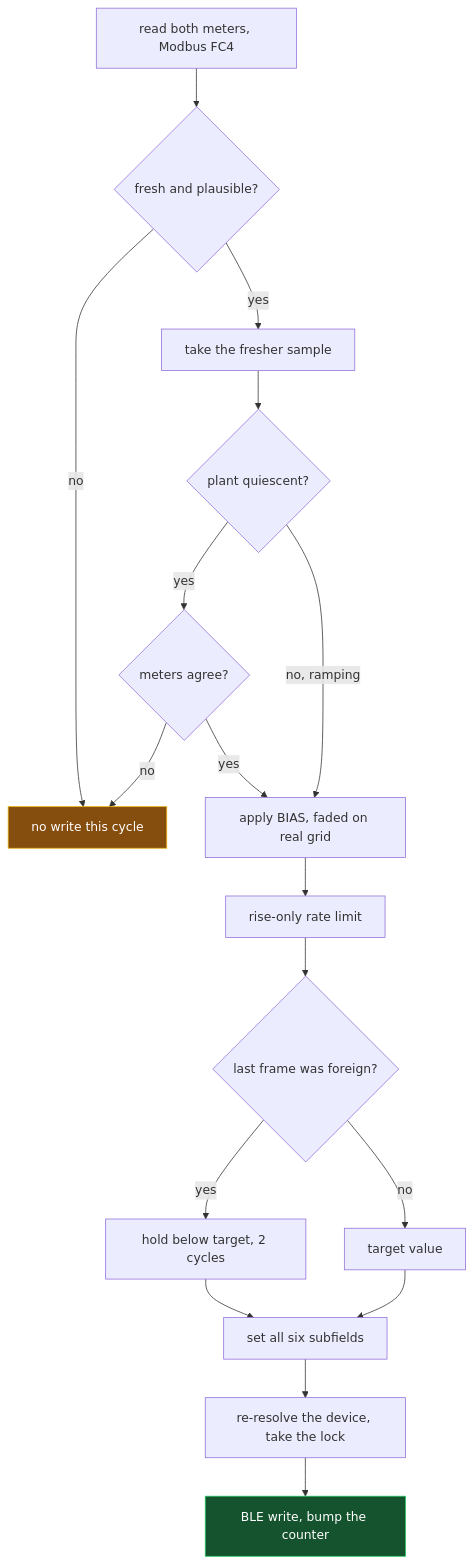
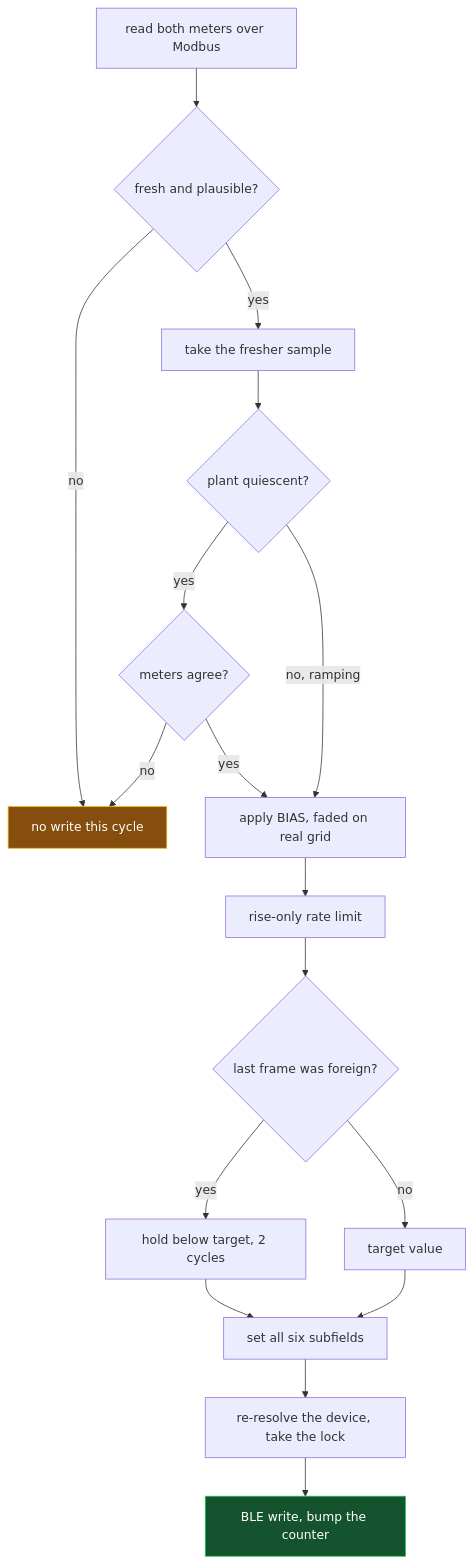
Diagram 14 of 17 in content/posts/ecoflow-zero-export-ble-meter-injection/index.md (phoinixgrr/mastori), drawn with Mermaid before and after one commit. The commit also changed other lines of this file, not shown here.

First line of the commit message:
Spell out Modbus function code 4 instead of writing FC4

```diff
--- a/content/posts/ecoflow-zero-export-ble-meter-injection/index.md
+++ b/content/posts/ecoflow-zero-export-ble-meter-injection/index.md
@@ -530,22 +531,22 @@
 {{< mermaid >}}
 flowchart TD
-    A["read both meters, Modbus FC4"] --> B{"fresh and plausible?"}
+    A["read both meters over Modbus"] --> B{"fresh and plausible?"}
     B -->|no| Z["no write this cycle"]
     B -->|yes| C["take the fresher sample"]
     C --> D{"plant quiescent?"}
     D -->|yes| E{"meters agree?"}
     E -->|no| Z
     E -->|yes| F
     D -->|"no, ramping"| F["apply BIAS, faded on real grid"]
     F --> G["rise-only rate limit"]
     G --> H{"last frame was foreign?"}
     H -->|yes| I["hold below target, 2 cycles"]
     H -->|no| J["target value"]
     I --> K["set all six subfields"]
     J --> K
     K --> L["re-resolve the device, take the lock"]
     L --> M["BLE write, bump the counter"]
 
     style Z fill:#854d0e,stroke:#eab308,color:#fff
     style M fill:#14532d,stroke:#22c55e,color:#fff
 {{< /mermaid >}}
```
